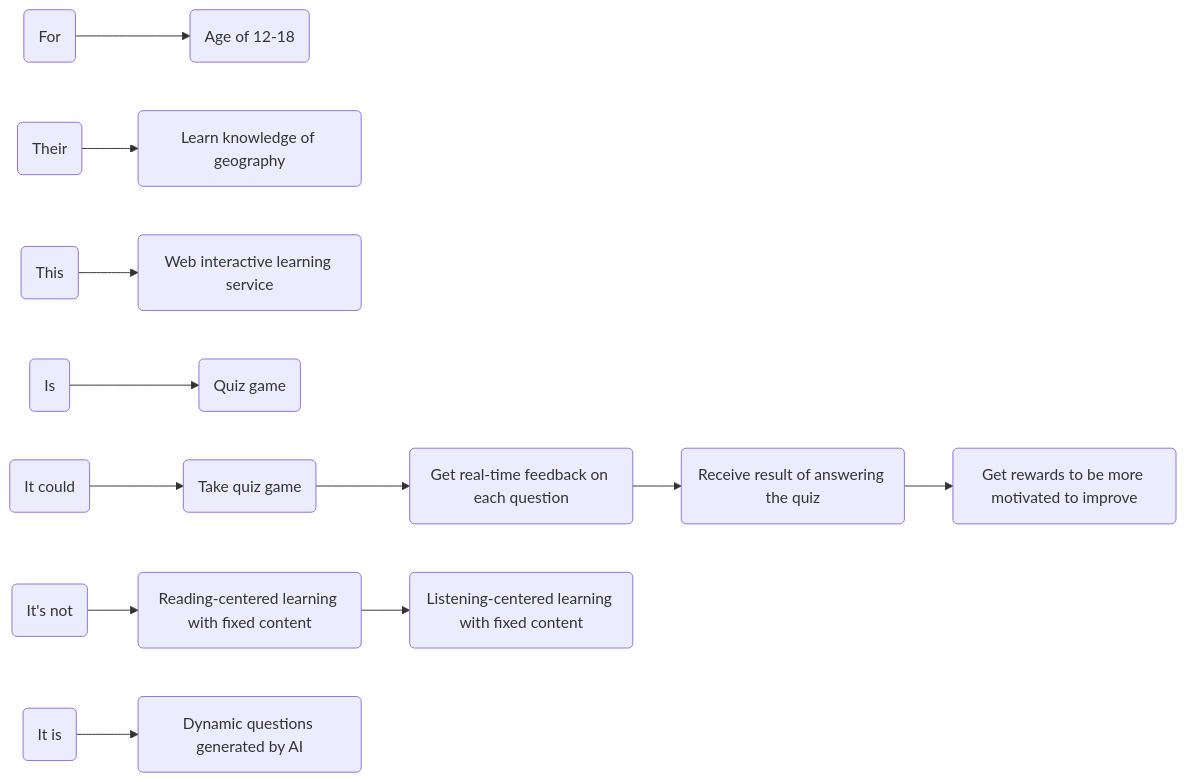
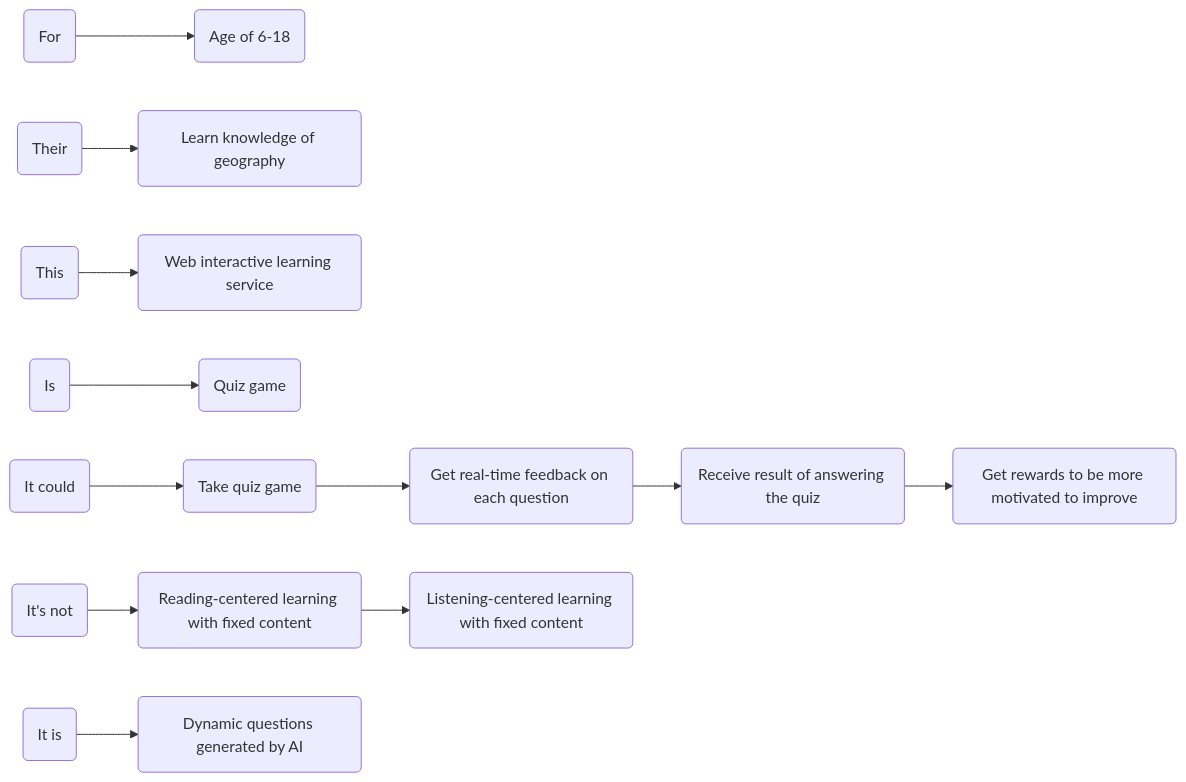
One commit to zhumeisongsong/blog changed the first of 9 diagrams in _posts/2024-10-19-DDD3.md. Above: the diagram before and after it, drawn with Mermaid. The commit also changed other lines of this file and 4 other files, not shown here.

````diff
--- a/_posts/2024-10-19-DDD3.md
+++ b/_posts/2024-10-19-DDD3.md
@@ -65,20 +66,20 @@
 ```mermaid
 graph LR
-A(For) --> B(Age of 12-18)
+A(For) --> B(Age of 6-18)
 
 C(Their) --> D(Learn knowledge of geography)
 
 E(This) --> F(Web interactive learning service)
 
 G(Is) --> H(Quiz game)
 
 I(It could) --> J(Take quiz game)
 J --> K(Get real-time feedback on each question)
 K --> L(Receive result of answering the quiz)
 L --> M(Get rewards to be more motivated to improve)
 
 N(It's not) --> O(Reading-centered learning with fixed content)
 O --> P(Listening-centered learning with fixed content)
 
 Q(It is) --> R(Dynamic questions generated by AI)
 ```
````
